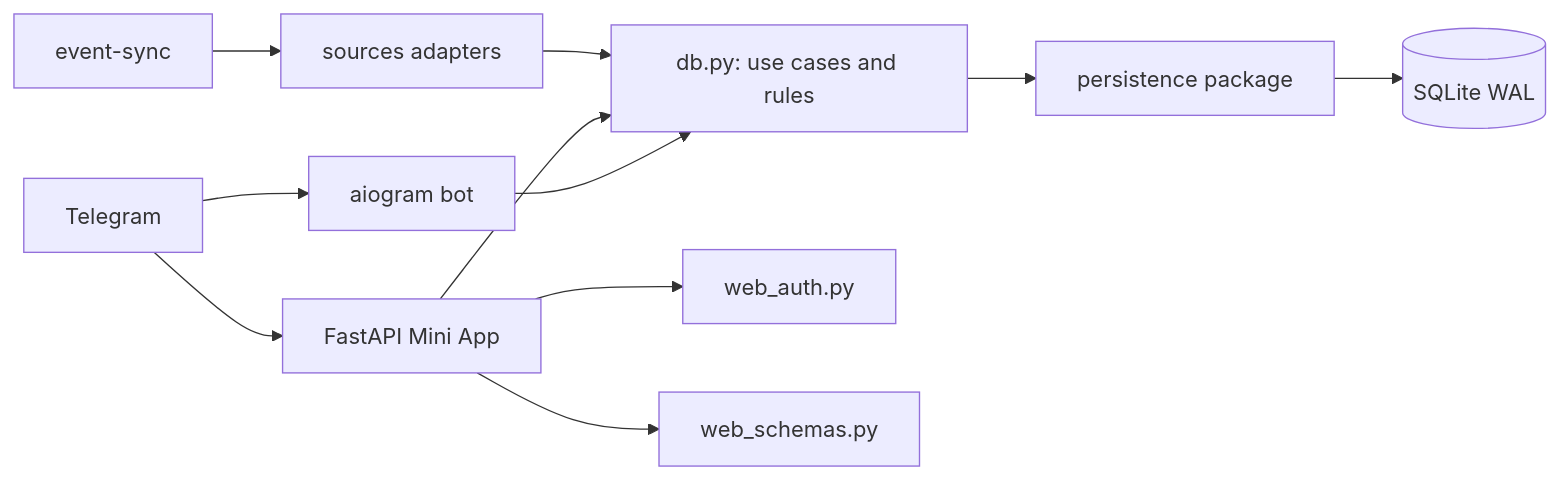
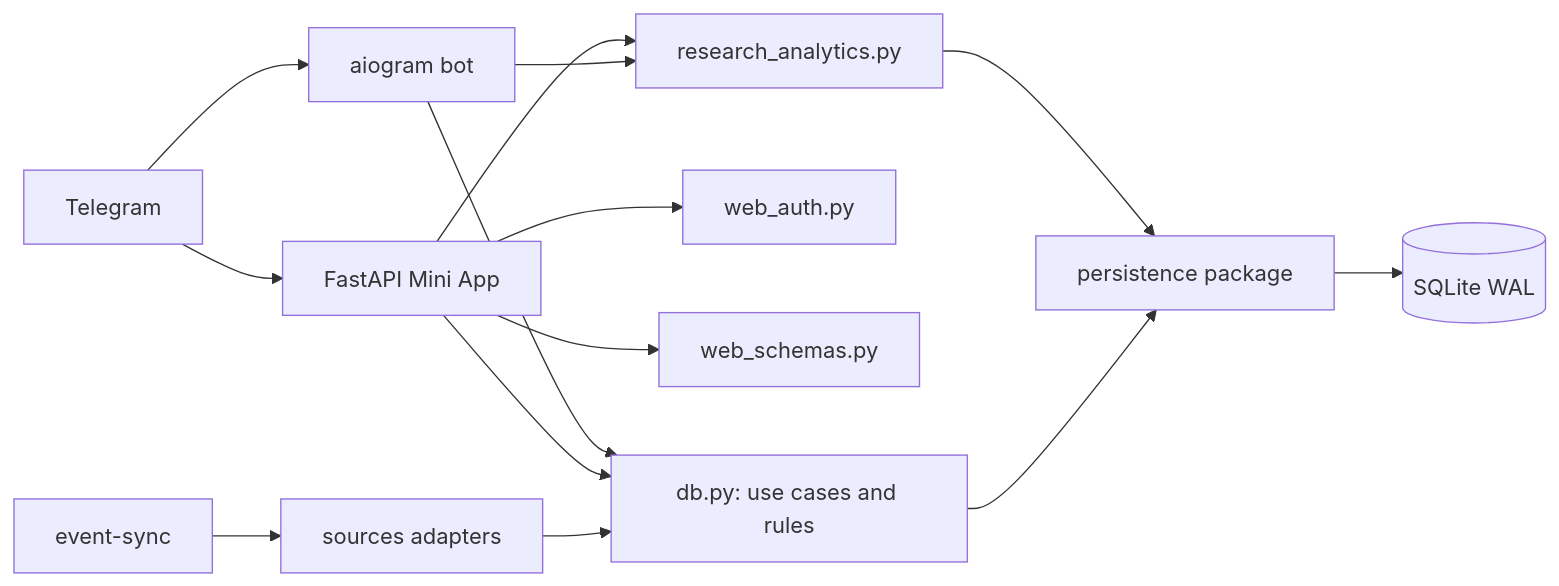
One commit to margleb/event-bot changed the diagram in ARCHITECTURE.md. Above: the diagram before and after it, drawn with Mermaid. The commit also changed other lines of this file and 13 other files, not shown here.

Commit message:
Add end-to-end UX research analytics

````diff
--- a/ARCHITECTURE.md
+++ b/ARCHITECTURE.md
@@ -7,13 +7,16 @@
 ```mermaid
 flowchart LR
     TG[Telegram] --> Bot[aiogram bot]
     TG --> Web[FastAPI Mini App]
     Bot --> Rules[db.py: use cases and rules]
     Web --> Auth[web_auth.py]
     Web --> Schemas[web_schemas.py]
     Web --> Rules
+    Web --> Research[research_analytics.py]
+    Bot --> Research
+    Research --> Persistence
     Sync[event-sync] --> Sources[sources adapters]
     Sources --> Rules
     Rules --> Persistence[persistence package]
     Persistence --> SQLite[(SQLite WAL)]
 ```
````
